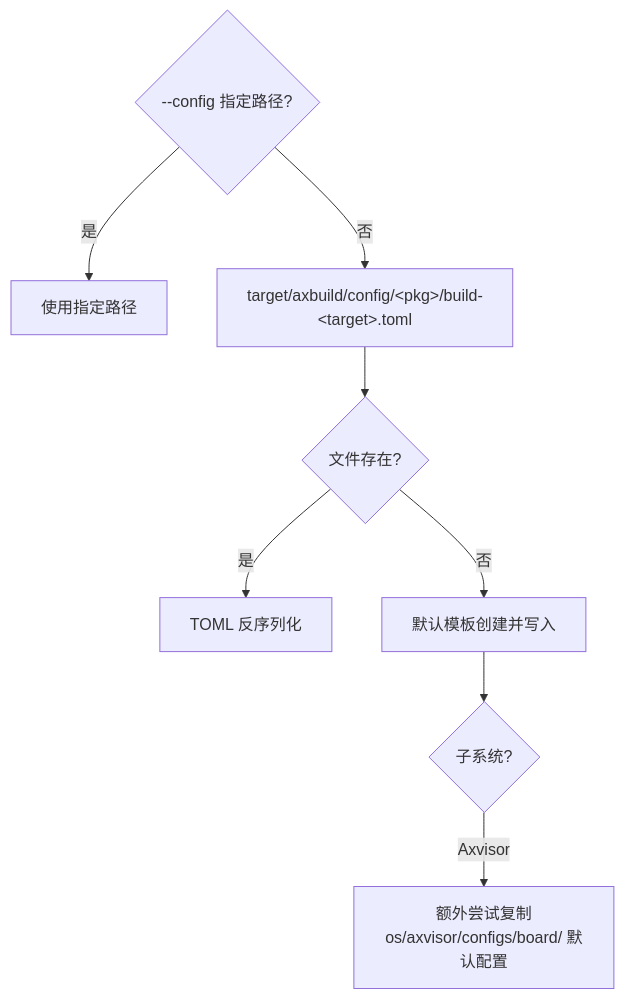
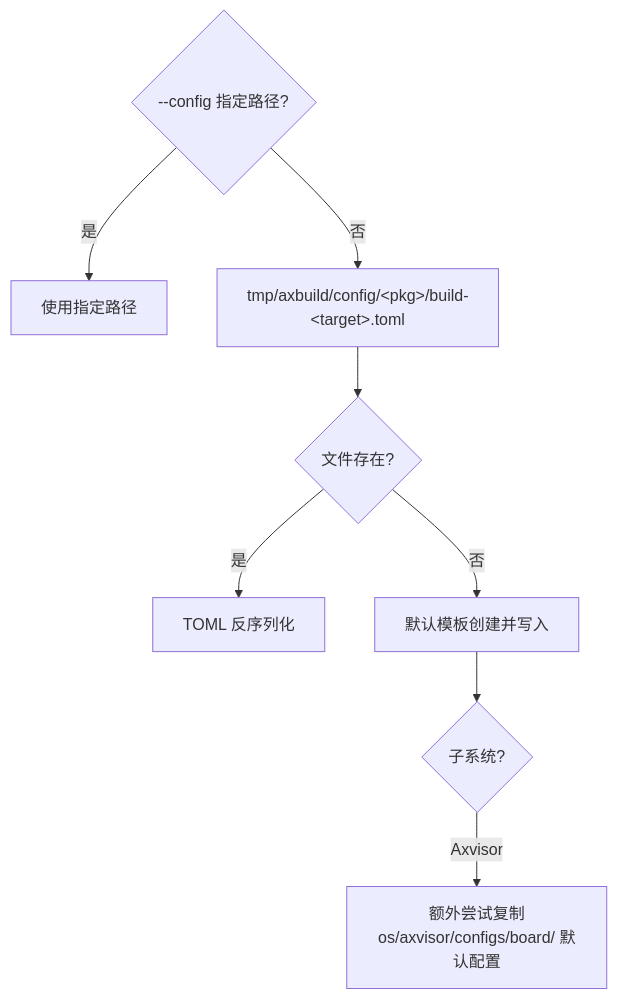
One commit to rcore-os/tgoskits changed the third of 5 diagrams in docs/docs/build/build.md. Above: the diagram before and after it, drawn with Mermaid. The commit also changed other lines of this file and 8 other files, not shown here.

````diff
--- a/docs/docs/build/build.md
+++ b/docs/docs/build/build.md
@@ -83,10 +83,10 @@
 ```mermaid
 flowchart TD
     A{--config 指定路径?} -->|是| B[使用指定路径]
-    A -->|否| C["target/axbuild/config/&lt;pkg&gt;/build-&lt;target&gt;.toml"]
+    A -->|否| C["tmp/axbuild/config/&lt;pkg&gt;/build-&lt;target&gt;.toml"]
     C --> D{文件存在?}
     D -->|是| E[TOML 反序列化]
     D -->|否| F[默认模板创建并写入]
     F --> G{子系统?}
     G -->|Axvisor| H["额外尝试复制<br/>os/axvisor/configs/board/ 默认配置"]
 ```
````
